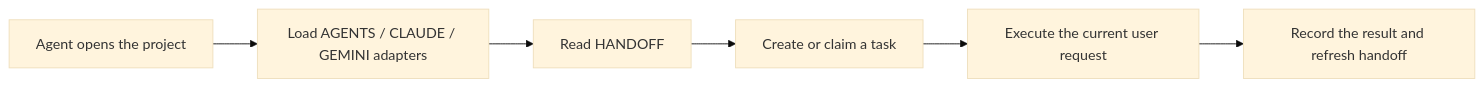
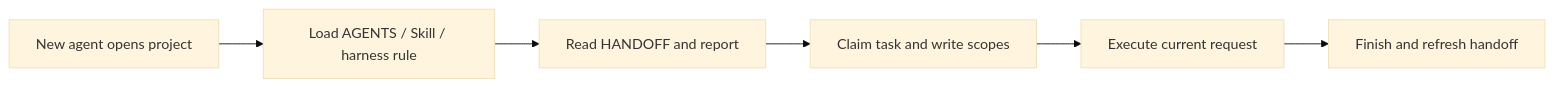
One commit to chopperH0824/agent-relay changed the second of 3 diagrams in README.en.md. Above: the diagram before and after it, drawn with Mermaid (base theme). The commit also changed other lines of this file and 24 other files, not shown here.

````diff
--- a/README.en.md
+++ b/README.en.md
@@ -91,8 +112,8 @@
 ```mermaid
 flowchart LR
-    A[Agent opens the project] --> B[Load AGENTS / CLAUDE / GEMINI adapters]
-    B --> C[Read HANDOFF]
-    C --> D[Create or claim a task]
-    D --> E[Execute the current user request]
-    E --> F[Record the result and refresh handoff]
+    A[New agent opens project] --> B[Load AGENTS / Skill / harness rule]
+    B --> C[Read HANDOFF and report]
+    C --> D[Claim task and write scopes]
+    D --> E[Execute current request]
+    E --> F[Finish and refresh handoff]
 ```
````
